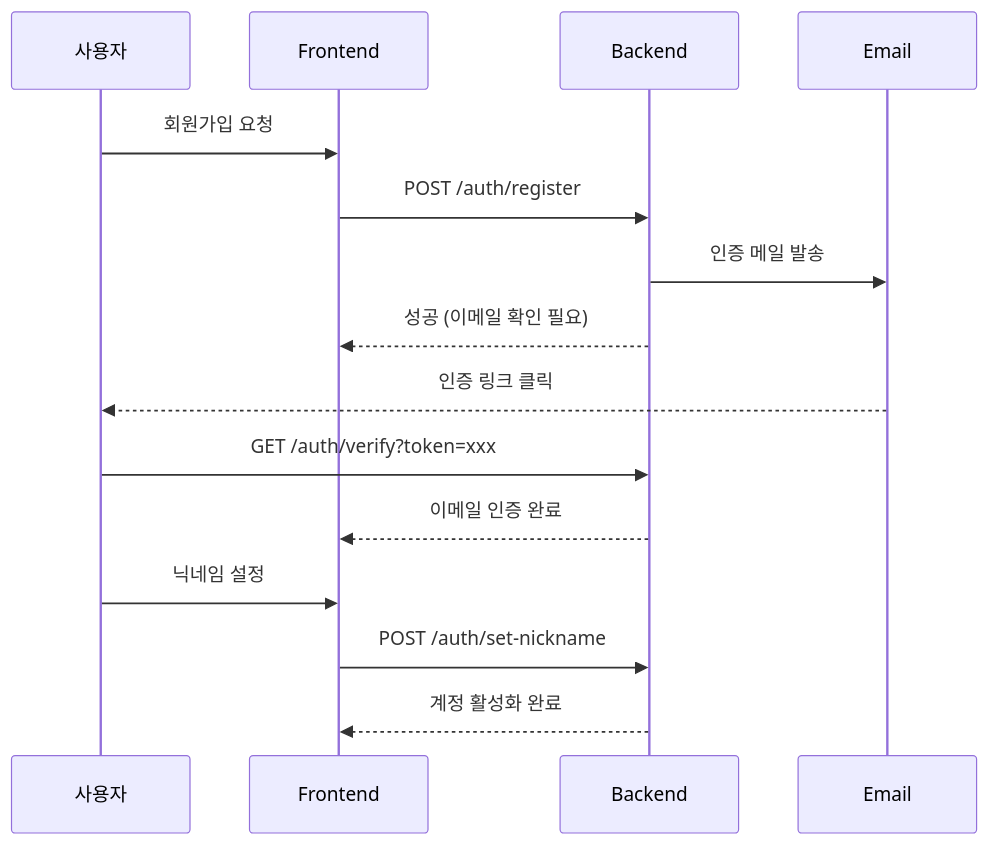
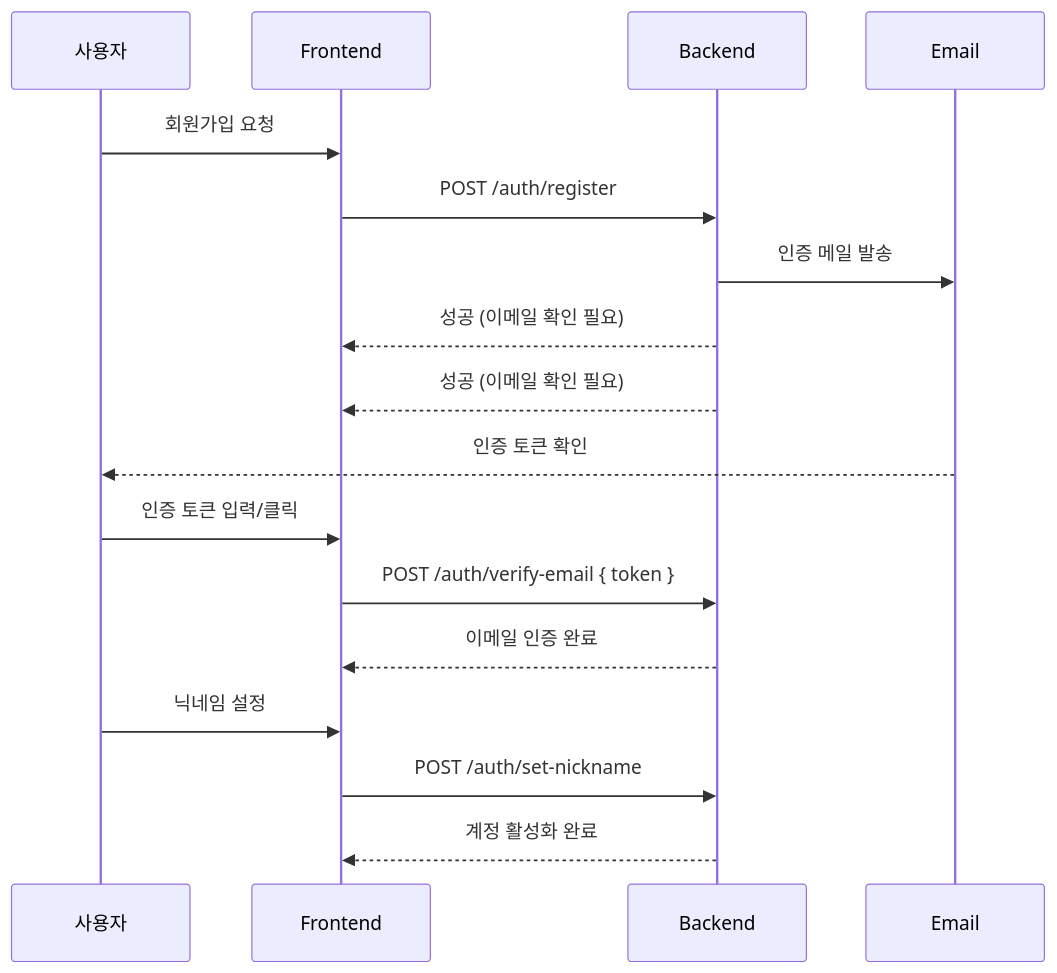
Before and after one commit to kimmyuung/lumia-ops: the first of 4 diagrams in .agent/workflows/auth-flow.md, drawn with Mermaid. The commit also changed other lines of this file and 98 other files, not shown here.

````diff
--- a/.agent/workflows/auth-flow.md
+++ b/.agent/workflows/auth-flow.md
@@ -15,18 +15,20 @@
 ```mermaid
 sequenceDiagram
     participant U as 사용자
     participant F as Frontend
     participant B as Backend
     participant E as Email
 
     U->>F: 회원가입 요청
     F->>B: POST /auth/register
     B->>E: 인증 메일 발송
     B-->>F: 성공 (이메일 확인 필요)
-    E-->>U: 인증 링크 클릭
-    U->>B: GET /auth/verify?token=xxx
+    B-->>F: 성공 (이메일 확인 필요)
+    E-->>U: 인증 토큰 확인
+    U->>F: 인증 토큰 입력/클릭
+    F->>B: POST /auth/verify-email { token }
     B-->>F: 이메일 인증 완료
     U->>F: 닉네임 설정
     F->>B: POST /auth/set-nickname
     B-->>F: 계정 활성화 완료
 ```
````
